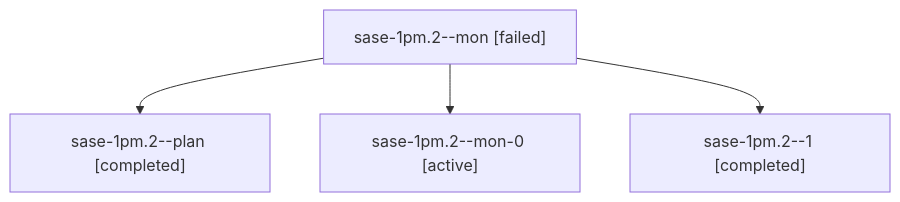
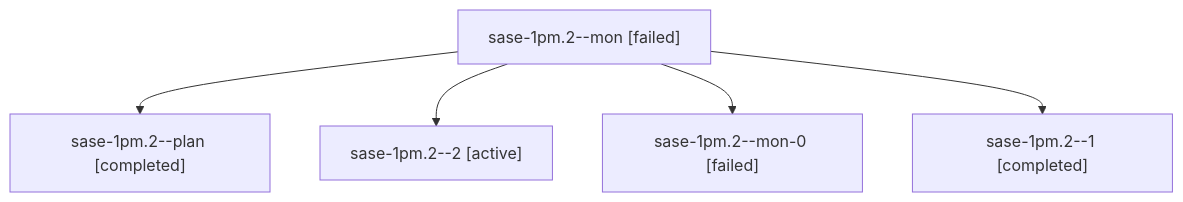
One commit to sase-org/sase--agents changed the diagram in sessions/bbugyi200.athena.sase-1pm.2.md. Above: the diagram before and after it, drawn with Mermaid. The commit also changed other lines of this file and 161 other files, not shown here.

````diff
--- a/sessions/bbugyi200.athena.sase-1pm.2.md
+++ b/sessions/bbugyi200.athena.sase-1pm.2.md
@@ -9,10 +9,12 @@
 ```mermaid
 flowchart TD
   n0["sase-1pm.2--mon [failed]"]
   n1["sase-1pm.2--plan [completed]"]
   n0 --> n1
-  n2["sase-1pm.2--mon-0 [active]"]
+  n2["sase-1pm.2--2 [active]"]
   n0 --> n2
-  n3["sase-1pm.2--1 [completed]"]
+  n3["sase-1pm.2--mon-0 [failed]"]
   n0 --> n3
+  n4["sase-1pm.2--1 [completed]"]
+  n0 --> n4
 ```
````
